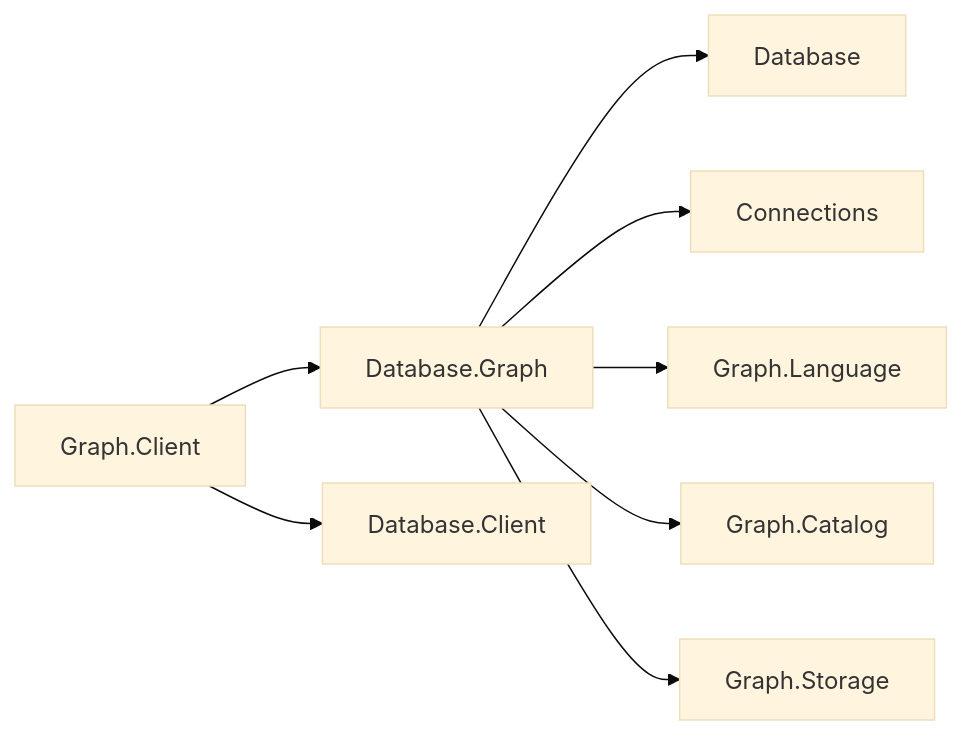
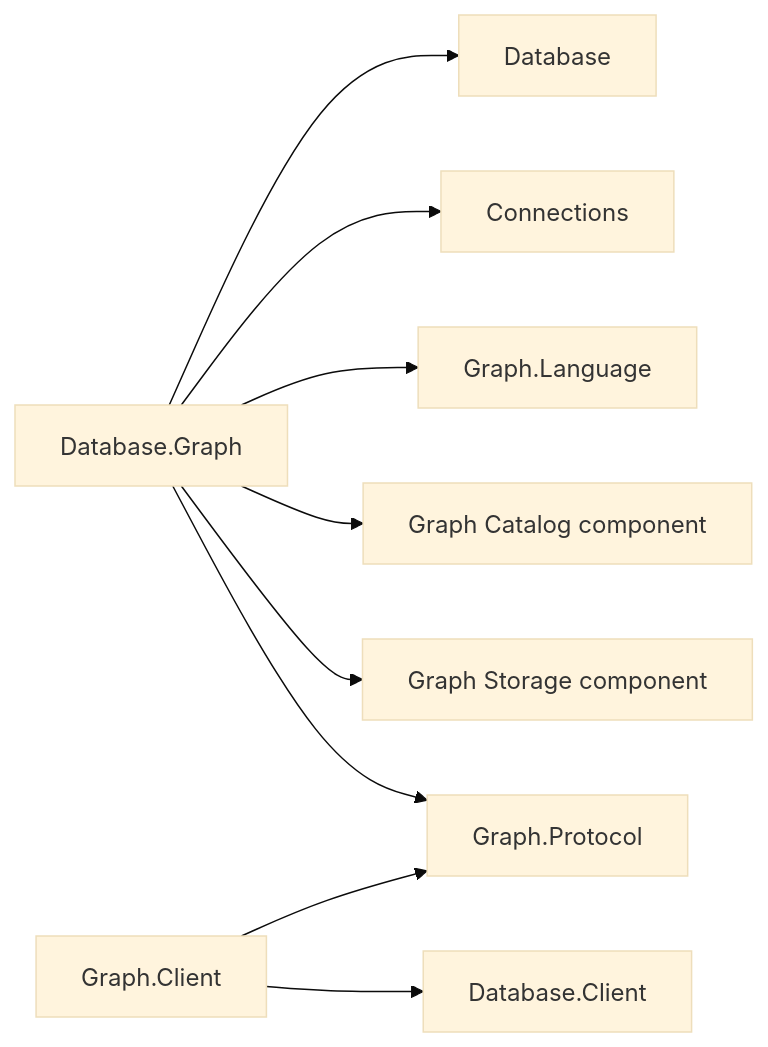
Before and after one commit to assimalign/cohesion-docs: the first of 4 diagrams in docs/dotnet-apis/resources/database/assimalign-cohesion-database-graph/design.md, drawn with Mermaid (base theme). The commit also changed other lines of this file and 360 other files, not shown here.

First line of the commit message:
docs(database): consolidated model packages, Protocol packages and client migration (#9)

````diff
--- a/docs/dotnet-apis/resources/database/assimalign-cohesion-database-graph/design.md
+++ b/docs/dotnet-apis/resources/database/assimalign-cohesion-database-graph/design.md
@@ -53,10 +76,11 @@
 ```mermaid
 flowchart LR
     Engine["Database.Graph"] --> Root["Database"]
     Engine --> Connections["Connections"]
     Engine --> Language["Graph.Language"]
-    Engine --> Catalog["Graph.Catalog"]
-    Engine --> Storage["Graph.Storage"]
-    Client["Graph.Client"] --> Engine
+    Engine --> Catalog["Graph Catalog component"]
+    Engine --> Storage["Graph Storage component"]
+    Client["Graph.Client"] --> Wire["Graph.Protocol"]
+    Engine --> Wire
     Client --> SharedClient["Database.Client"]
 ```
````
